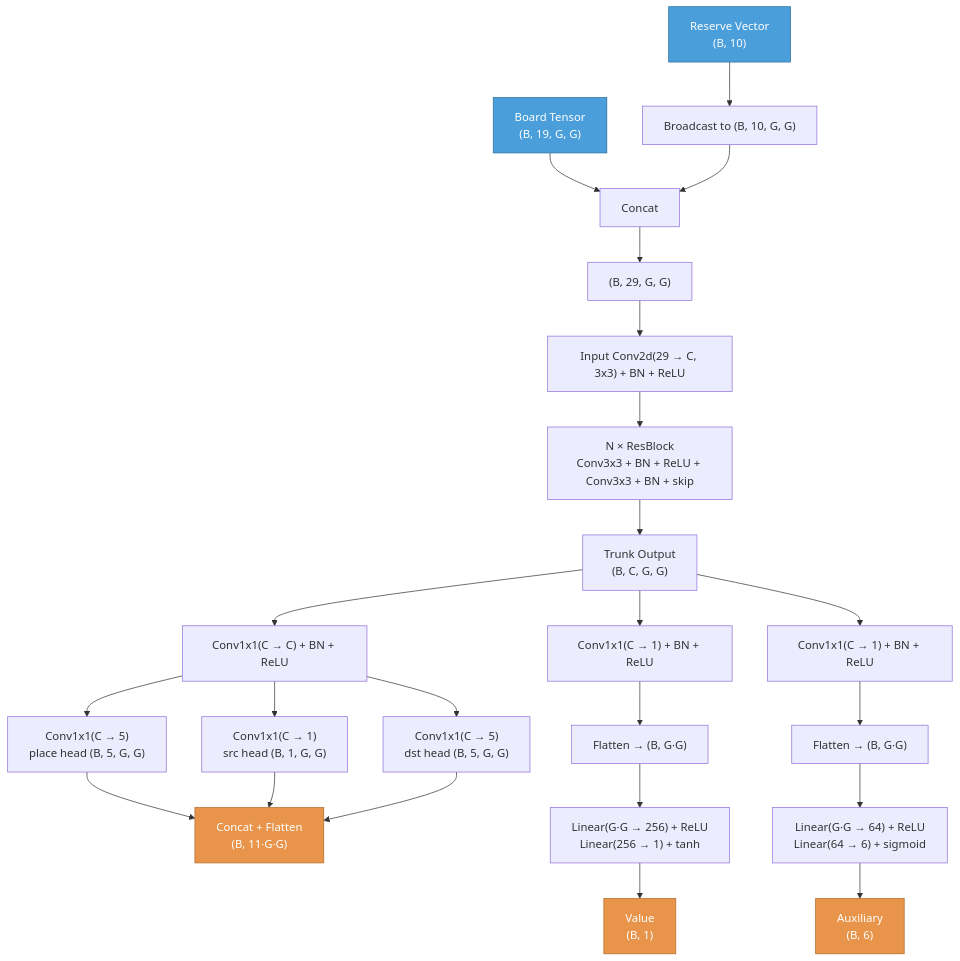
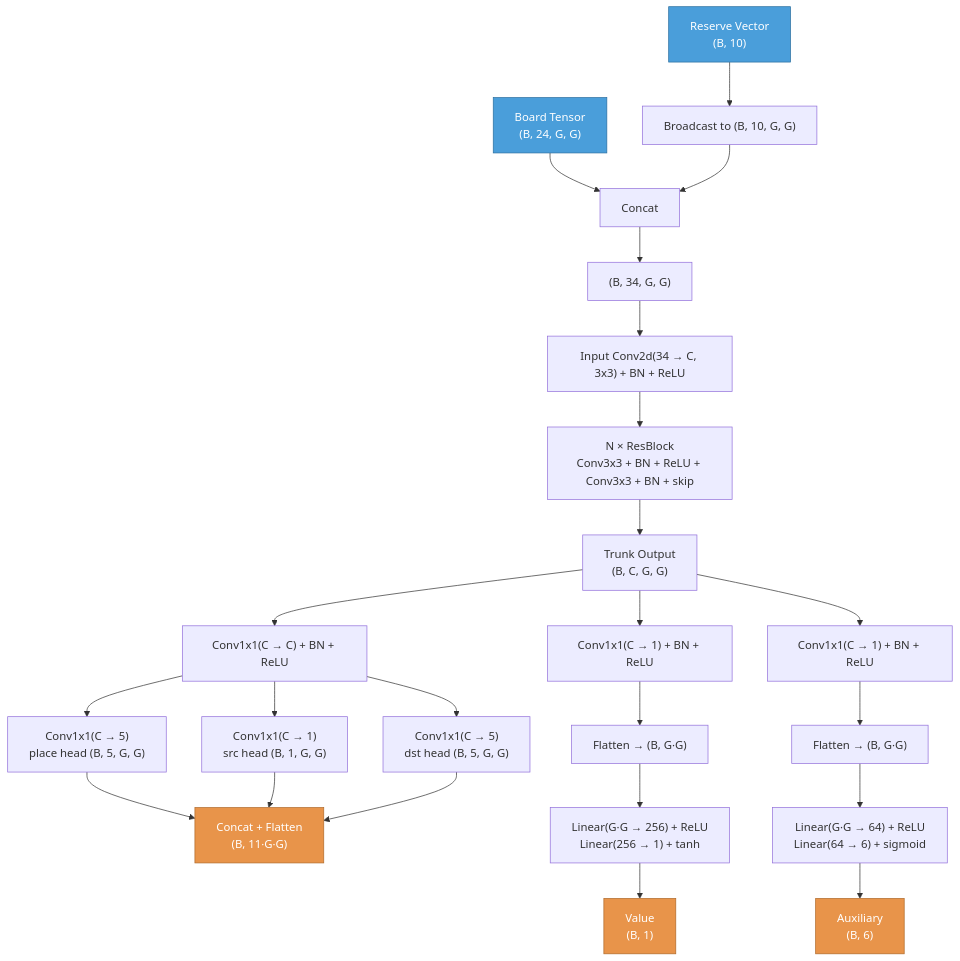
One commit to wldevries/hive-zero changed the diagram in docs/hive_model.md. Above: the diagram before and after it, drawn with Mermaid. The commit also changed other lines of this file, not shown here.

````diff
--- a/docs/hive_model.md
+++ b/docs/hive_model.md
@@ -5,32 +5,32 @@
 ```mermaid
 graph TD
-    BT["Board Tensor<br/>(B, 19, G, G)"]:::input --> CAT["Concat"]
+    BT["Board Tensor<br/>(B, 24, G, G)"]:::input --> CAT["Concat"]
     RV["Reserve Vector<br/>(B, 10)"]:::input --> BC["Broadcast to (B, 10, G, G)"]
     BC --> CAT
-    CAT --> INPUT["(B, 29, G, G)"]
+    CAT --> INPUT["(B, 34, G, G)"]
 
-    INPUT --> IC["Input Conv2d(29 → C, 3x3) + BN + ReLU"]
+    INPUT --> IC["Input Conv2d(34 → C, 3x3) + BN + ReLU"]
     IC --> RB["N × ResBlock<br/>Conv3x3 + BN + ReLU + Conv3x3 + BN + skip"]
     RB --> TRUNK["Trunk Output<br/>(B, C, G, G)"]
 
     TRUNK --> PC["Conv1x1(C → C) + BN + ReLU"]
     PC --> PPL["Conv1x1(C → 5)<br/>place head (B, 5, G, G)"]
     PC --> PSR["Conv1x1(C → 1)<br/>src head (B, 1, G, G)"]
     PC --> PDT["Conv1x1(C → 5)<br/>dst head (B, 5, G, G)"]
     PPL --> PFLAT["Concat + Flatten<br/>(B, 11·G·G)"]:::output
     PSR --> PFLAT
     PDT --> PFLAT
 
     TRUNK --> VC["Conv1x1(C → 1) + BN + ReLU"]
     VC --> VF["Flatten → (B, G·G)"]
     VF --> VFC["Linear(G·G → 256) + ReLU<br/>Linear(256 → 1) + tanh"]
     VFC --> VOUT["Value<br/>(B, 1)"]:::output
 
     TRUNK --> AC["Conv1x1(C → 1) + BN + ReLU"]
     AC --> AF["Flatten → (B, G·G)"]
     AF --> AFC["Linear(G·G → 64) + ReLU<br/>Linear(64 → 6) + sigmoid"]
     AFC --> AOUT["Auxiliary<br/>(B, 6)"]:::output
 
     classDef input fill:#4a9eda,stroke:#2a6fa0,color:#fff
     classDef output fill:#e8944a,stroke:#b06a2a,color:#fff
 ```
````
